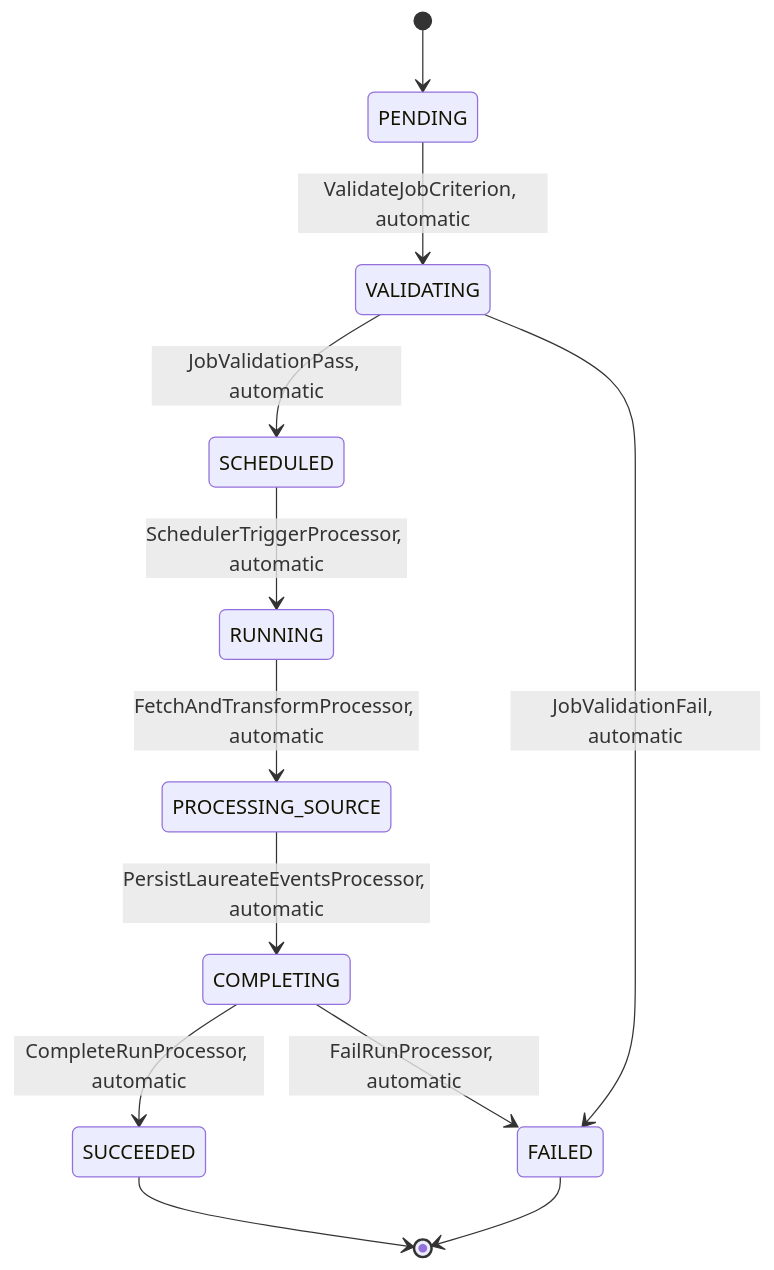
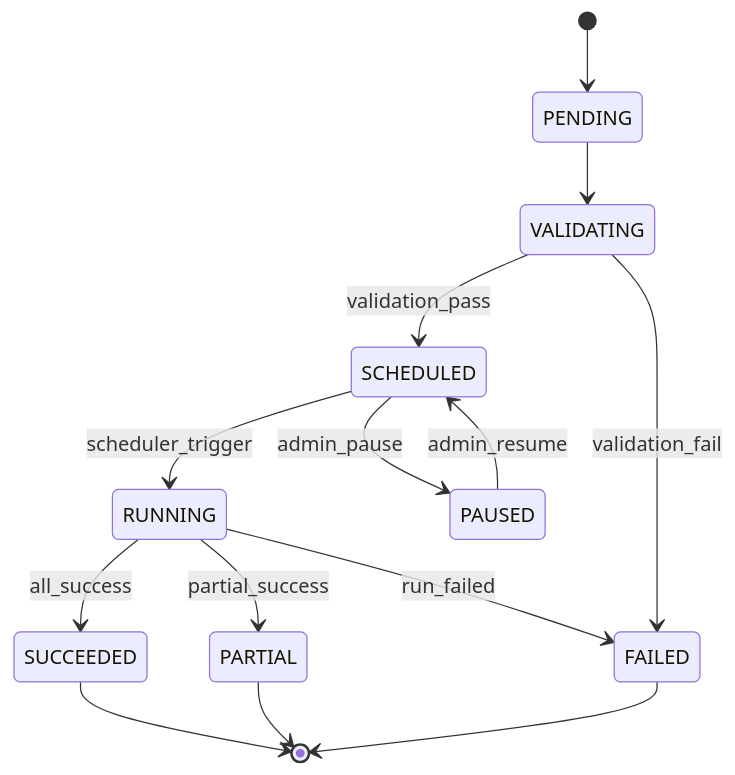
Before and after one commit to Cyoda-platform/java-client-template: the first of 3 diagrams in src/main/java/com/java_template/prototype/functional_requirement.md, drawn with Mermaid. The commit also changed other lines of this file, not shown here.

````diff
--- a/src/main/java/com/java_template/prototype/functional_requirement.md
+++ b/src/main/java/com/java_template/prototype/functional_requirement.md
@@ -50,14 +139,16 @@
 ```mermaid
 stateDiagram-v2
     [*] --> PENDING
-    PENDING --> VALIDATING : ValidateJobCriterion, automatic
-    VALIDATING --> SCHEDULED : JobValidationPass, automatic
-    VALIDATING --> FAILED : JobValidationFail, automatic
-    SCHEDULED --> RUNNING : SchedulerTriggerProcessor, automatic
-    RUNNING --> PROCESSING_SOURCE : FetchAndTransformProcessor, automatic
-    PROCESSING_SOURCE --> COMPLETING : PersistLaureateEventsProcessor, automatic
-    COMPLETING --> SUCCEEDED : CompleteRunProcessor, automatic
-    COMPLETING --> FAILED : FailRunProcessor, automatic
+    PENDING --> VALIDATING
+    VALIDATING --> SCHEDULED : validation_pass
+    VALIDATING --> FAILED : validation_fail
+    SCHEDULED --> RUNNING : scheduler_trigger
+    RUNNING --> SUCCEEDED : all_success
+    RUNNING --> PARTIAL : partial_success
+    RUNNING --> FAILED : run_failed
+    SCHEDULED --> PAUSED : admin_pause
+    PAUSED --> SCHEDULED : admin_resume
     SUCCEEDED --> [*]
+    PARTIAL --> [*]
     FAILED --> [*]
 ```
````
